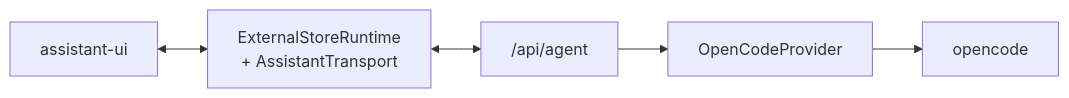
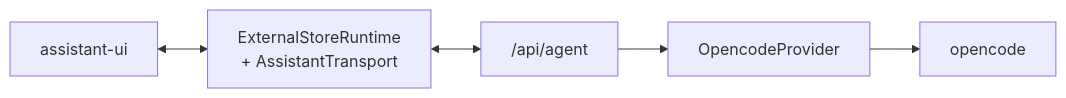
Before and after one commit to tbrandenburg/agentilogue: the seventh of 8 diagrams in docs/ARCHITECTURE.md, drawn with Mermaid. The commit also changed other lines of this file, not shown here.

Commit message:
docs: use lowercase opencode spelling consistently

````diff
--- a/docs/ARCHITECTURE.md
+++ b/docs/ARCHITECTURE.md
@@ -218,7 +218,7 @@
 ```mermaid
 flowchart LR
     UI["assistant-ui"] <--> RT["ExternalStoreRuntime<br/>+ AssistantTransport"]
     RT <--> API["/api/agent"]
-    API --> OP["OpenCodeProvider"]
+    API --> OP["OpencodeProvider"]
     OP --> OC["opencode"]
 ```
````
